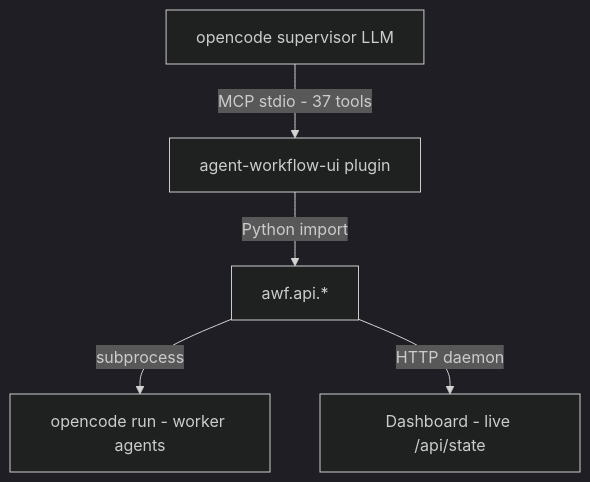
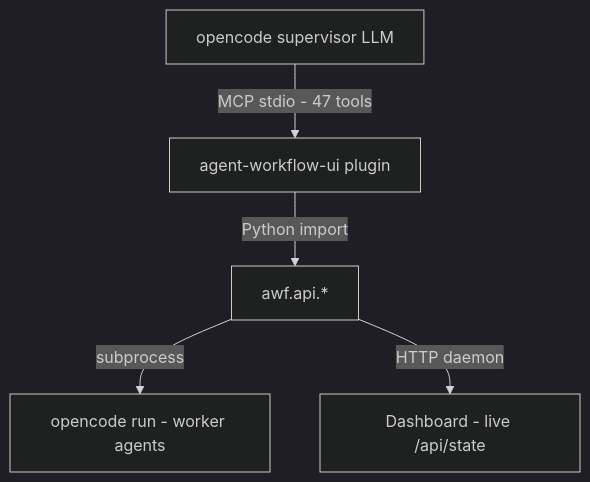
One commit to EnerJizeIT/agentic-workflow changed the diagram in vision/architecture.md. Above: the diagram before and after it, drawn with Mermaid (dark theme). The commit also changed other lines of this file and 5 other files, not shown here.

````diff
--- a/vision/architecture.md
+++ b/vision/architecture.md
@@ -9,7 +9,7 @@
 ```mermaid
 graph TD
-    A[opencode supervisor LLM] -->|MCP stdio - 37 tools| B[agent-workflow-ui plugin]
+    A[opencode supervisor LLM] -->|MCP stdio - 47 tools| B[agent-workflow-ui plugin]
     B -->|Python import| C[awf.api.*]
     C -->|subprocess| D[opencode run - worker agents]
     C -->|HTTP daemon| E[Dashboard - live /api/state]
 ```
````
